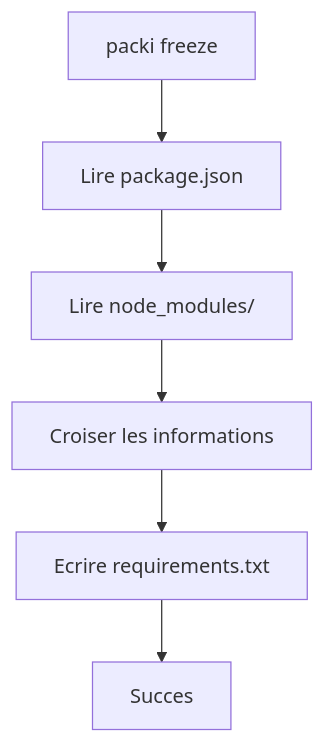
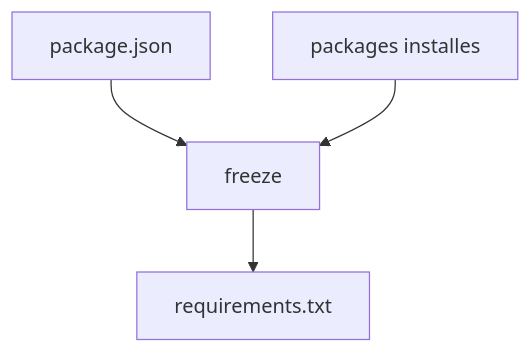
Before and after one commit to ThorLex/packInstaller: the diagram in docs/utilisation/freeze.md, drawn with Mermaid. The commit also changed other lines of this file and 121 other files, not shown here.

````diff
--- a/docs/utilisation/freeze.md
+++ b/docs/utilisation/freeze.md
@@ -26,8 +28,6 @@
 ```mermaid
 flowchart TD
-    A[packi freeze] --> B[Lire package.json]
-    B --> C[Lire node_modules/]
-    C --> D[Croiser les informations]
-    D --> E[Ecrire requirements.txt]
-    E --> F[Succes]
+    A[package.json] --> B[freeze]
+    C[packages installes] --> B
+    B --> D[requirements.txt]
 ```
````
